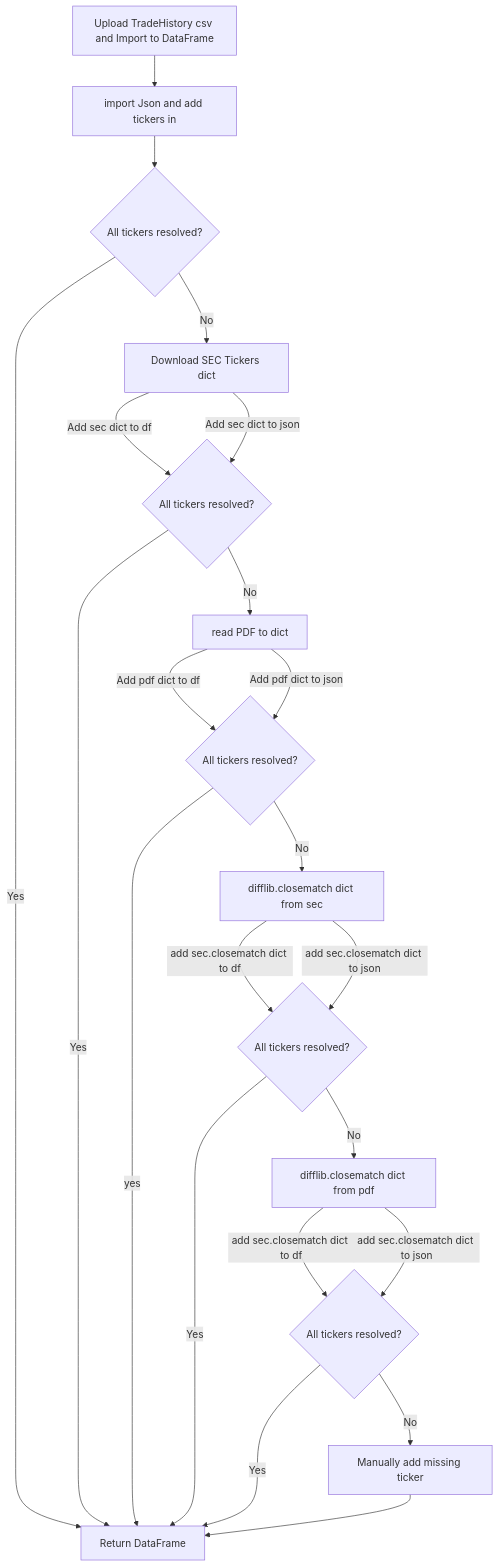
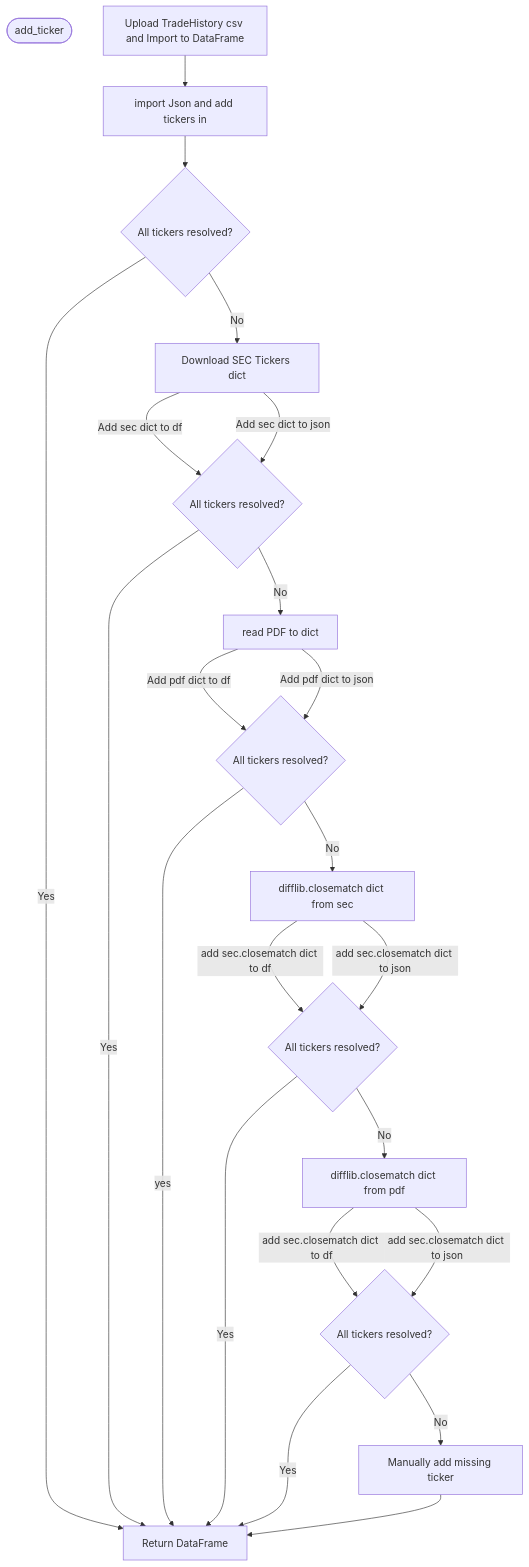
The diagram in learnPython/ticker_resolution_flowchart.md (cmskzhan/helloworld), drawn with Mermaid before and after one commit.

Commit message:
mermaid title for flowchart doesn't work

````diff
--- a/learnPython/ticker_resolution_flowchart.md
+++ b/learnPython/ticker_resolution_flowchart.md
@@ -1,25 +1,26 @@
 ```mermaid
   flowchart TD;
+      title([add_ticker])
       B[Upload TradeHistory csv and Import to DataFrame] --> C[import Json and add tickers in]
       C --> D{All tickers resolved?}
       D -->|Yes| E[Return DataFrame]
       D -->|No| F[Download SEC Tickers dict]
       F -- Add sec dict to df--> G{All tickers resolved?}
       F -- Add sec dict to json--> G{All tickers resolved?}
       G --Yes -->E
       G --No --> H[read PDF to dict]
       H -- Add pdf dict to df--> I{All tickers resolved?}
       H -- Add pdf dict to json--> I{All tickers resolved?}
       I -->|yes| E
       I -->|No| J[difflib.closematch dict from sec]
       J -- add sec.closematch dict to df --> K{All tickers resolved?}
       J -- add sec.closematch dict to json --> K{All tickers resolved?}
       K --Yes --> E
       K --No --> L[difflib.closematch dict from pdf]
       L -- add sec.closematch dict to df --> N{All tickers resolved?}
       L -- add sec.closematch dict to json --> N{All tickers resolved?}
       N --Yes --> E
       N --No --> M[Manually add missing ticker]
       M --> E
 
 ```
````
